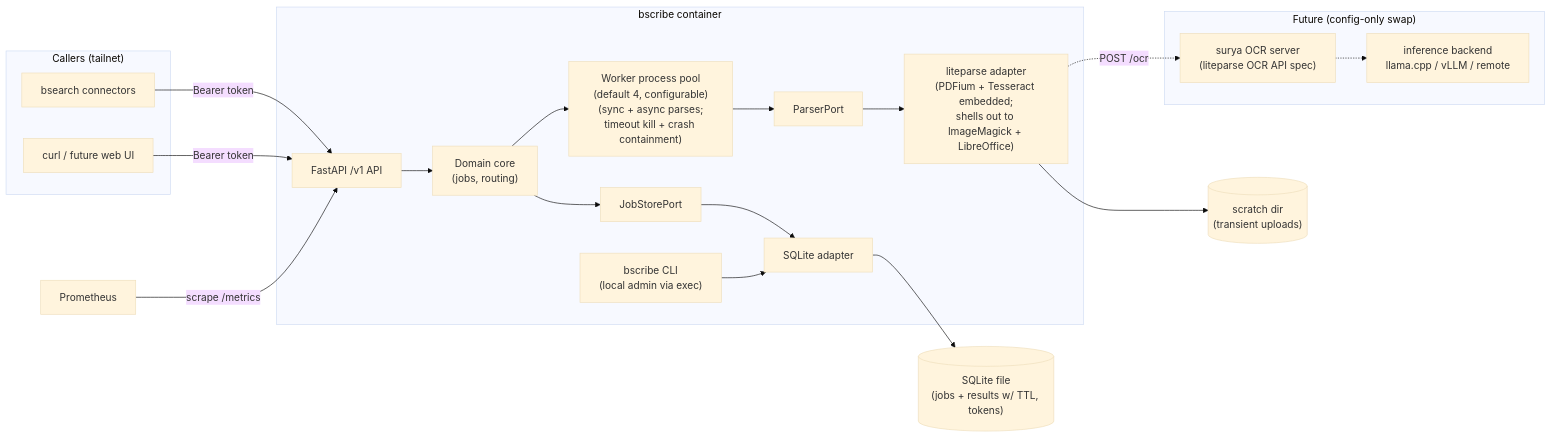
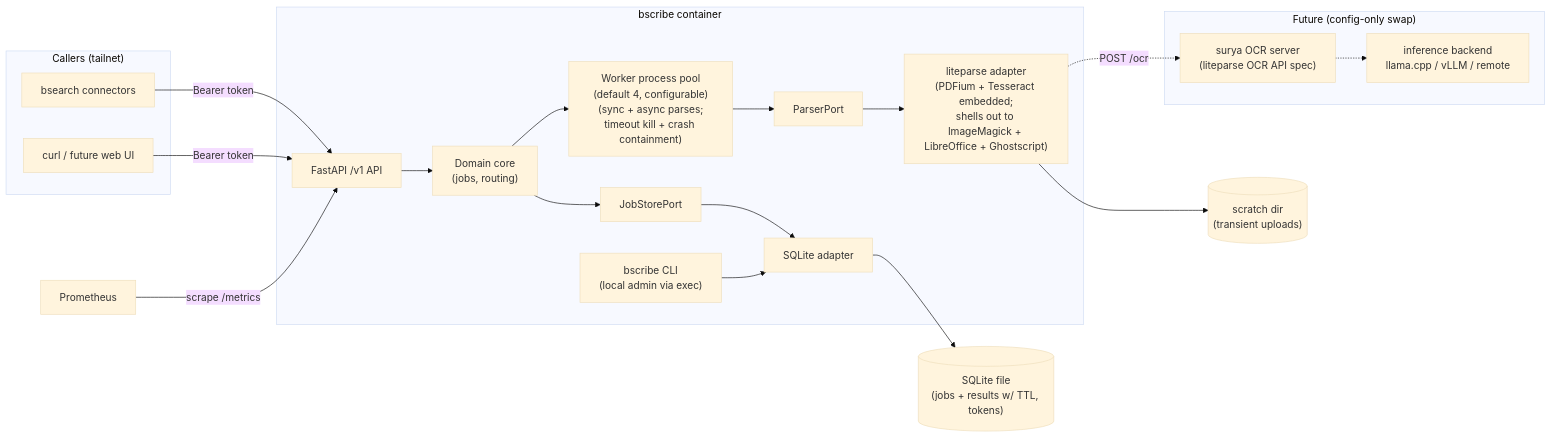
The diagram in docs/design.md (bcrisp4/bscribe), drawn with Mermaid (base theme) before and after one commit. The commit also changed other lines of this file and 18 other files, not shown here.

````diff
--- a/docs/design.md
+++ b/docs/design.md
@@ -87,36 +87,36 @@
 ```mermaid
 flowchart LR
     subgraph callers["Callers (tailnet)"]
         BS["bsearch connectors"]
         CURL["curl / future web UI"]
     end
 
     subgraph bscribe["bscribe container"]
         API["FastAPI /v1 API"]
         CORE["Domain core<br/>(jobs, routing)"]
         WP["Worker process pool<br/>(default 4, configurable)<br/>(sync + async parses;<br/>timeout kill + crash containment)"]
         PP["ParserPort"]
         JS["JobStorePort"]
-        LP["liteparse adapter<br/>(PDFium + Tesseract embedded;<br/>shells out to ImageMagick + LibreOffice)"]
+        LP["liteparse adapter<br/>(PDFium + Tesseract embedded;<br/>shells out to ImageMagick + LibreOffice + Ghostscript)"]
         SQ["SQLite adapter"]
         CLI["bscribe CLI<br/>(local admin via exec)"]
     end
 
     SCRATCH[("scratch dir<br/>(transient uploads)")]
     DB[("SQLite file<br/>(jobs + results w/ TTL, tokens)")]
     PROM["Prometheus"]
 
     subgraph future["Future (config-only swap)"]
         OCRS["surya OCR server<br/>(liteparse OCR API spec)"]
         INF["inference backend<br/>llama.cpp / vLLM / remote"]
     end
 
     BS & CURL -->|"Bearer token"| API
     API --> CORE --> WP
     CORE --> JS --> SQ --> DB
     CLI --> SQ
     WP --> PP --> LP
     LP --> SCRATCH
     PROM -->|"scrape /metrics"| API
     LP -.->|"POST /ocr"| OCRS -.-> INF
 ```
````
